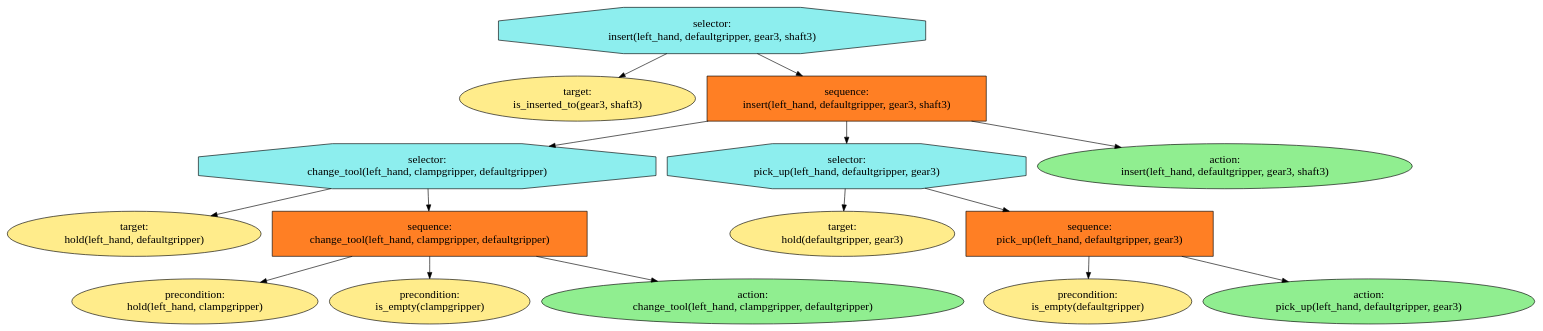
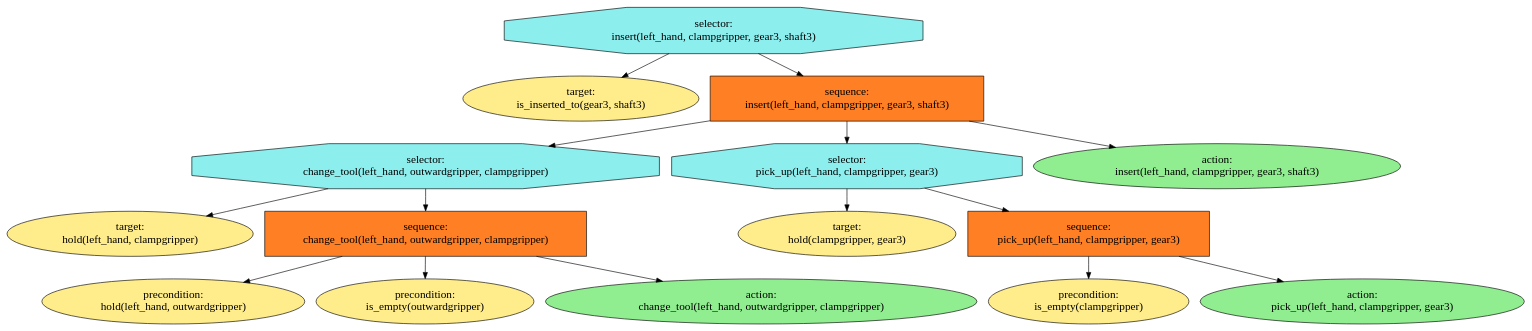
One commit to ProNeverFake/kios changed the diagram in kios_bt_planning/kios_utils/visualisation.dot. Above: the diagram before and after it, drawn with Graphviz. The commit also changed 7 other files, not shown here.

```diff
--- a/kios_bt_planning/kios_utils/visualisation.dot
+++ b/kios_bt_planning/kios_utils/visualisation.dot
@@ -1,93 +1,93 @@
 digraph pastafarianism {
 ordering=out;
 graph [fontname="times-roman"];
 node [fontname="times-roman"];
 edge [fontname="times-roman"];
 "selector:
- insert(left_hand, defaultgripper, gear3, shaft3)" [fillcolor=darkslategray2, fontcolor=black, fontsize=18, label="selector:
- insert(left_hand, defaultgripper, gear3, shaft3)", shape=octagon, style=filled];
+ insert(left_hand, clampgripper, gear3, shaft3)" [fillcolor=darkslategray2, fontcolor=black, fontsize=18, label="selector:
+ insert(left_hand, clampgripper, gear3, shaft3)", shape=octagon, style=filled];
 "target:
  is_inserted_to(gear3, shaft3)" [fillcolor=lightgoldenrod1, fontcolor=black, fontsize=18, height=1.0, label="target:
  is_inserted_to(gear3, shaft3)", shape=ellipse, style=filled];
 "selector:
- insert(left_hand, defaultgripper, gear3, shaft3)" -> "target:
+ insert(left_hand, clampgripper, gear3, shaft3)" -> "target:
  is_inserted_to(gear3, shaft3)";
 "sequence:
- insert(left_hand, defaultgripper, gear3, shaft3)" [fillcolor=chocolate1, fontcolor=black, fontsize=18, height=1.0, label="sequence:
- insert(left_hand, defaultgripper, gear3, shaft3)", shape=box, style=filled];
+ insert(left_hand, clampgripper, gear3, shaft3)" [fillcolor=chocolate1, fontcolor=black, fontsize=18, height=1.0, label="sequence:
+ insert(left_hand, clampgripper, gear3, shaft3)", shape=box, style=filled];
 "selector:
- insert(left_hand, defaultgripper, gear3, shaft3)" -> "sequence:
- insert(left_hand, defaultgripper, gear3, shaft3)";
+ insert(left_hand, clampgripper, gear3, shaft3)" -> "sequence:
+ insert(left_hand, clampgripper, gear3, shaft3)";
 "selector:
- change_tool(left_hand, clampgripper, defaultgripper)" [fillcolor=darkslategray2, fontcolor=black, fontsize=18, height=1.0, label="selector:
- change_tool(left_hand, clampgripper, defaultgripper)", shape=octagon, style=filled];
+ change_tool(left_hand, outwardgripper, clampgripper)" [fillcolor=darkslategray2, fontcolor=black, fontsize=18, height=1.0, label="selector:
+ change_tool(left_hand, outwardgripper, clampgripper)", shape=octagon, style=filled];
 "sequence:
- insert(left_hand, defaultgripper, gear3, shaft3)" -> "selector:
- change_tool(left_hand, clampgripper, defaultgripper)";
+ insert(left_hand, clampgripper, gear3, shaft3)" -> "selector:
+ change_tool(left_hand, outwardgripper, clampgripper)";
 "target:
- hold(left_hand, defaultgripper)" [fillcolor=lightgoldenrod1, fontcolor=black, fontsize=18, height=1.0, label="target:
- hold(left_hand, defaultgripper)", shape=ellipse, style=filled];
+ hold(left_hand, clampgripper)" [fillcolor=lightgoldenrod1, fontcolor=black, fontsize=18, height=1.0, label="target:
+ hold(left_hand, clampgripper)", shape=ellipse, style=filled];
 "selector:
- change_tool(left_hand, clampgripper, defaultgripper)" -> "target:
- hold(left_hand, defaultgripper)";
+ change_tool(left_hand, outwardgripper, clampgripper)" -> "target:
+ hold(left_hand, clampgripper)";
 "sequence:
- change_tool(left_hand, clampgripper, defaultgripper)" [fillcolor=chocolate1, fontcolor=black, fontsize=18, height=1.0, label="sequence:
- change_tool(left_hand, clampgripper, defaultgripper)", shape=box, style=filled];
+ change_tool(left_hand, outwardgripper, clampgripper)" [fillcolor=chocolate1, fontcolor=black, fontsize=18, height=1.0, label="sequence:
+ change_tool(left_hand, outwardgripper, clampgripper)", shape=box, style=filled];
 "selector:
- change_tool(left_hand, clampgripper, defaultgripper)" -> "sequence:
- change_tool(left_hand, clampgripper, defaultgripper)";
+ change_tool(left_hand, outwardgripper, clampgripper)" -> "sequence:
+ change_tool(left_hand, outwardgripper, clampgripper)";
 "precondition:
- hold(left_hand, clampgripper)" [fillcolor=lightgoldenrod1, fontcolor=black, fontsize=18, height=1.0, label="precondition:
- hold(left_hand, clampgripper)", shape=ellipse, style=filled];
+ hold(left_hand, outwardgripper)" [fillcolor=lightgoldenrod1, fontcolor=black, fontsize=18, height=1.0, label="precondition:
+ hold(left_hand, outwardgripper)", shape=ellipse, style=filled];
 "sequence:
- change_tool(left_hand, clampgripper, defaultgripper)" -> "precondition:
- hold(left_hand, clampgripper)";
+ change_tool(left_hand, outwardgripper, clampgripper)" -> "precondition:
+ hold(left_hand, outwardgripper)";
+"precondition:
+ is_empty(outwardgripper)" [fillcolor=lightgoldenrod1, fontcolor=black, fontsize=18, height=1.0, label="precondition:
+ is_empty(outwardgripper)", shape=ellipse, style=filled];
+"sequence:
+ change_tool(left_hand, outwardgripper, clampgripper)" -> "precondition:
+ is_empty(outwardgripper)";
+"action:
+ change_tool(left_hand, outwardgripper, clampgripper)" [fillcolor=lightgreen, fontcolor=black, fontsize=18, height=1.0, label="action:
+ change_tool(left_hand, outwardgripper, clampgripper)", shape=ellipse, style=filled];
+"sequence:
+ change_tool(left_hand, outwardgripper, clampgripper)" -> "action:
+ change_tool(left_hand, outwardgripper, clampgripper)";
+"selector:
+ pick_up(left_hand, clampgripper, gear3)" [fillcolor=darkslategray2, fontcolor=black, fontsize=18, height=1.0, label="selector:
+ pick_up(left_hand, clampgripper, gear3)", shape=octagon, style=filled];
+"sequence:
+ insert(left_hand, clampgripper, gear3, shaft3)" -> "selector:
+ pick_up(left_hand, clampgripper, gear3)";
+"target:
+ hold(clampgripper, gear3)" [fillcolor=lightgoldenrod1, fontcolor=black, fontsize=18, height=1.0, label="target:
+ hold(clampgripper, gear3)", shape=ellipse, style=filled];
+"selector:
+ pick_up(left_hand, clampgripper, gear3)" -> "target:
+ hold(clampgripper, gear3)";
+"sequence:
+ pick_up(left_hand, clampgripper, gear3)" [fillcolor=chocolate1, fontcolor=black, fontsize=18, height=1.0, label="sequence:
+ pick_up(left_hand, clampgripper, gear3)", shape=box, style=filled];
+"selector:
+ pick_up(left_hand, clampgripper, gear3)" -> "sequence:
+ pick_up(left_hand, clampgripper, gear3)";
 "precondition:
  is_empty(clampgripper)" [fillcolor=lightgoldenrod1, fontcolor=black, fontsize=18, height=1.0, label="precondition:
  is_empty(clampgripper)", shape=ellipse, style=filled];
 "sequence:
- change_tool(left_hand, clampgripper, defaultgripper)" -> "precondition:
+ pick_up(left_hand, clampgripper, gear3)" -> "precondition:
  is_empty(clampgripper)";
 "action:
- change_tool(left_hand, clampgripper, defaultgripper)" [fillcolor=lightgreen, fontcolor=black, fontsize=18, height=1.0, label="action:
- change_tool(left_hand, clampgripper, defaultgripper)", shape=ellipse, style=filled];
+ pick_up(left_hand, clampgripper, gear3)" [fillcolor=lightgreen, fontcolor=black, fontsize=18, height=1.0, label="action:
+ pick_up(left_hand, clampgripper, gear3)", shape=ellipse, style=filled];
 "sequence:
- change_tool(left_hand, clampgripper, defaultgripper)" -> "action:
- change_tool(left_hand, clampgripper, defaultgripper)";
-"selector:
- pick_up(left_hand, defaultgripper, gear3)" [fillcolor=darkslategray2, fontcolor=black, fontsize=18, height=1.0, label="selector:
- pick_up(left_hand, defaultgripper, gear3)", shape=octagon, style=filled];
+ pick_up(left_hand, clampgripper, gear3)" -> "action:
+ pick_up(left_hand, clampgripper, gear3)";
+"action:
+ insert(left_hand, clampgripper, gear3, shaft3)" [fillcolor=lightgreen, fontcolor=black, fontsize=18, height=1.0, label="action:
+ insert(left_hand, clampgripper, gear3, shaft3)", shape=ellipse, style=filled];
 "sequence:
- insert(left_hand, defaultgripper, gear3, shaft3)" -> "selector:
- pick_up(left_hand, defaultgripper, gear3)";
-"target:
- hold(defaultgripper, gear3)" [fillcolor=lightgoldenrod1, fontcolor=black, fontsize=18, height=1.0, label="target:
- hold(defaultgripper, gear3)", shape=ellipse, style=filled];
-"selector:
- pick_up(left_hand, defaultgripper, gear3)" -> "target:
- hold(defaultgripper, gear3)";
-"sequence:
- pick_up(left_hand, defaultgripper, gear3)" [fillcolor=chocolate1, fontcolor=black, fontsize=18, height=1.0, label="sequence:
- pick_up(left_hand, defaultgripper, gear3)", shape=box, style=filled];
-"selector:
- pick_up(left_hand, defaultgripper, gear3)" -> "sequence:
- pick_up(left_hand, defaultgripper, gear3)";
-"precondition:
- is_empty(defaultgripper)" [fillcolor=lightgoldenrod1, fontcolor=black, fontsize=18, height=1.0, label="precondition:
- is_empty(defaultgripper)", shape=ellipse, style=filled];
-"sequence:
- pick_up(left_hand, defaultgripper, gear3)" -> "precondition:
- is_empty(defaultgripper)";
-"action:
- pick_up(left_hand, defaultgripper, gear3)" [fillcolor=lightgreen, fontcolor=black, fontsize=18, height=1.0, label="action:
- pick_up(left_hand, defaultgripper, gear3)", shape=ellipse, style=filled];
-"sequence:
- pick_up(left_hand, defaultgripper, gear3)" -> "action:
- pick_up(left_hand, defaultgripper, gear3)";
-"action:
- insert(left_hand, defaultgripper, gear3, shaft3)" [fillcolor=lightgreen, fontcolor=black, fontsize=18, height=1.0, label="action:
- insert(left_hand, defaultgripper, gear3, shaft3)", shape=ellipse, style=filled];
-"sequence:
- insert(left_hand, defaultgripper, gear3, shaft3)" -> "action:
- insert(left_hand, defaultgripper, gear3, shaft3)";
+ insert(left_hand, clampgripper, gear3, shaft3)" -> "action:
+ insert(left_hand, clampgripper, gear3, shaft3)";
 }
```
